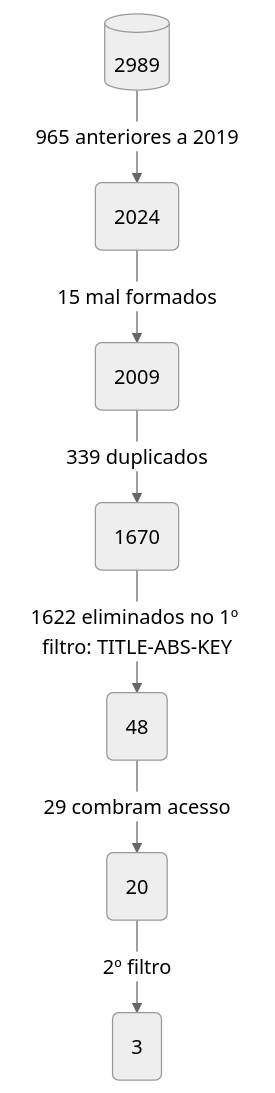
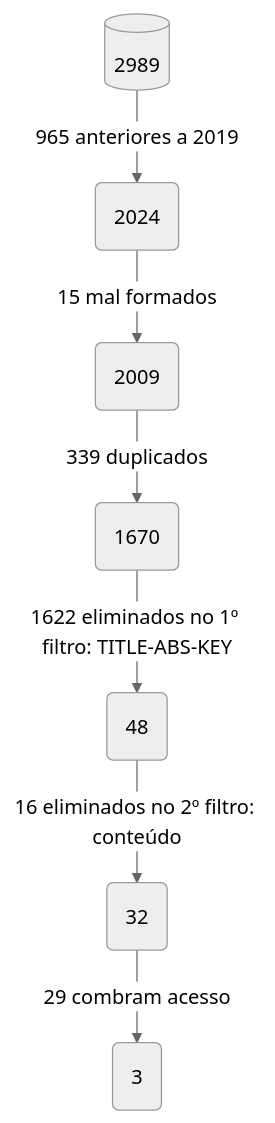
One commit to emanoelopes/-SBBD_DS4SG_2024_RSL changed the diagram in flowchart.mermaid. Above: the diagram before and after it, drawn with Mermaid (neutral theme).

```diff
--- a/flowchart.mermaid
+++ b/flowchart.mermaid
@@ -1,7 +1,7 @@
 flowchart TD
     A[(2989)] -->|965 anteriores a 2019| B(2024)
     B --> |15 mal formados| C(2009)
     C --> |339 duplicados| D(1670)
-    D --> |1622 eliminados no 1º filtro: TITLE-ABS-KEY | E(48)
-    E --> |29 combram acesso| F(20)
-    F --> |2º filtro| G(3)
+    D --> |1622 eliminados no 1º filtro: TITLE-ABS-KEY| E(48)
+    E --> |16 eliminados no 2º filtro: conteúdo| F(32)
+    F --> |29 combram acesso| G(3)
```
